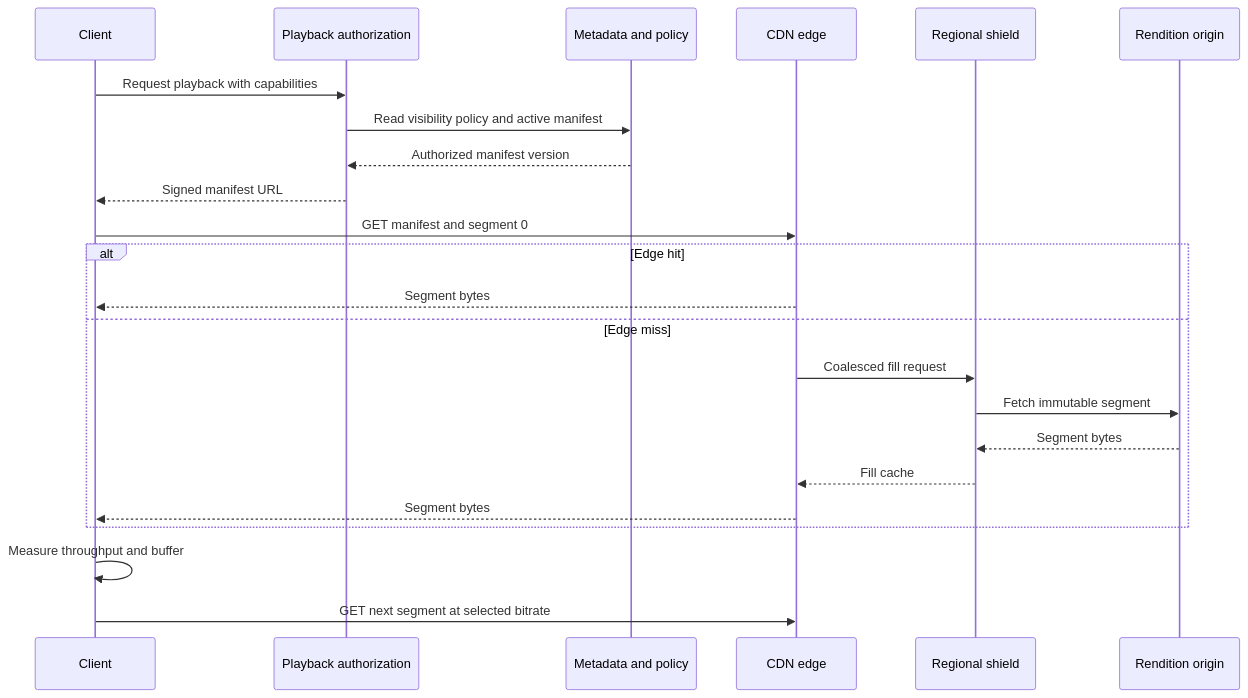
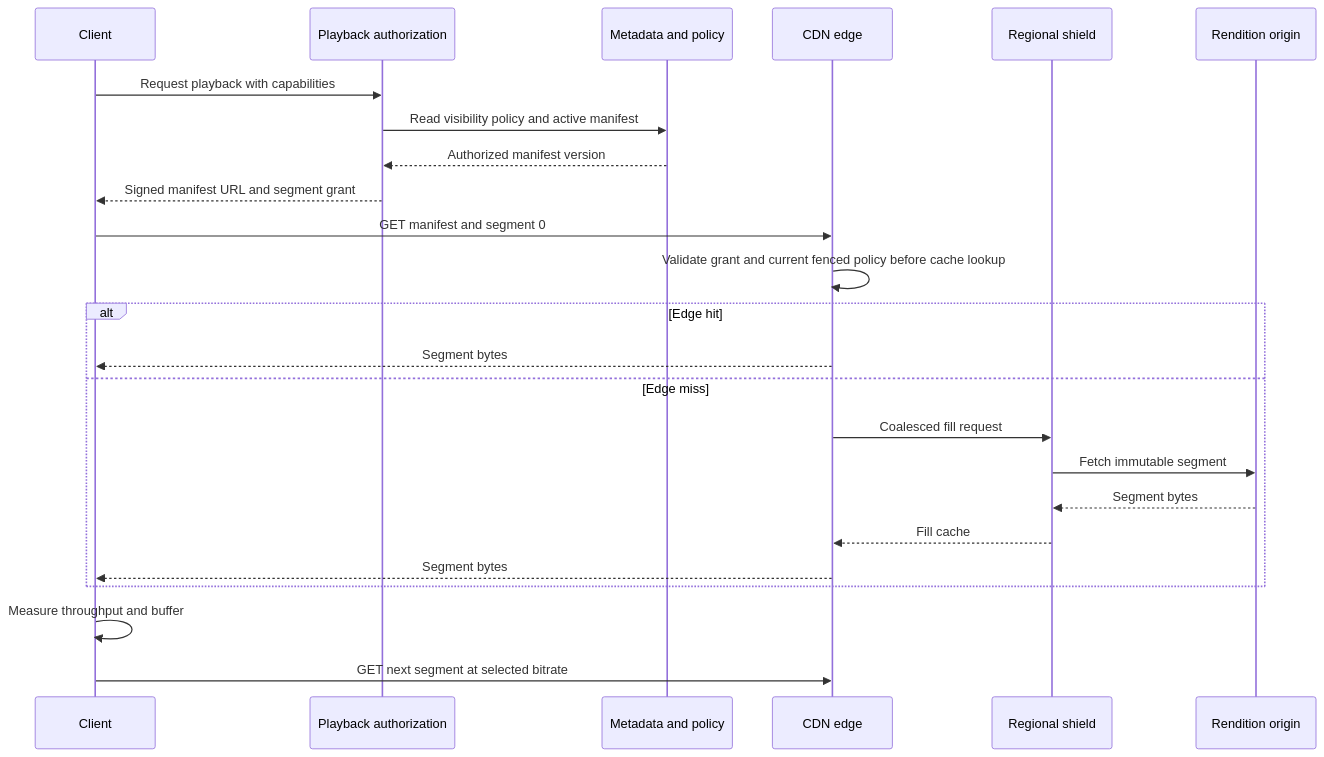
One commit to Pranshu258/system-design changed the fourth of 5 diagrams in youtube-system-design.md. Above: the diagram before and after it, drawn with Mermaid. The commit also changed other lines of this file and 23 other files, not shown here.

````diff
--- a/youtube-system-design.md
+++ b/youtube-system-design.md
@@ -270,25 +275,26 @@
 ```mermaid
 sequenceDiagram
     participant Client
     participant Playback as Playback authorization
     participant Meta as Metadata and policy
     participant Edge as CDN edge
     participant Shield as Regional shield
     participant Origin as Rendition origin
     Client->>Playback: Request playback with capabilities
     Playback->>Meta: Read visibility policy and active manifest
     Meta-->>Playback: Authorized manifest version
-    Playback-->>Client: Signed manifest URL
+    Playback-->>Client: Signed manifest URL and segment grant
     Client->>Edge: GET manifest and segment 0
+    Edge->>Edge: Validate grant and current fenced policy before cache lookup
     alt Edge hit
         Edge-->>Client: Segment bytes
     else Edge miss
         Edge->>Shield: Coalesced fill request
         Shield->>Origin: Fetch immutable segment
         Origin-->>Shield: Segment bytes
         Shield-->>Edge: Fill cache
         Edge-->>Client: Segment bytes
     end
     Client->>Client: Measure throughput and buffer
     Client->>Edge: GET next segment at selected bitrate
 ```
````
